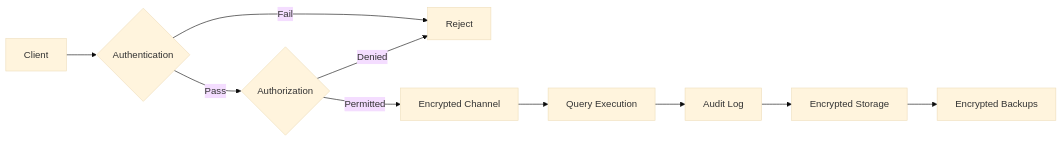
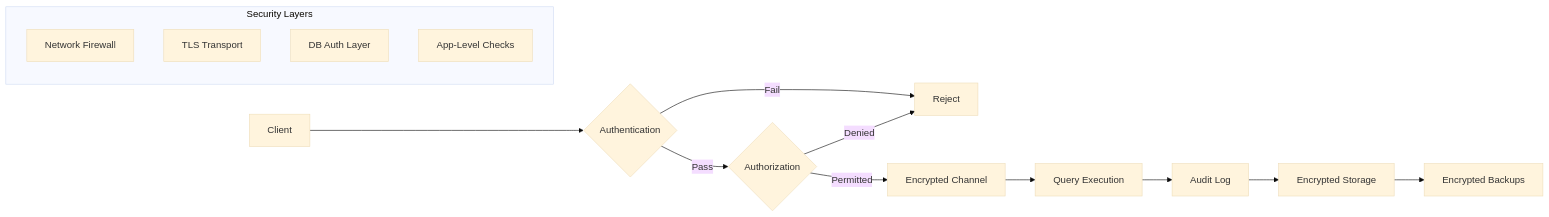
The diagram in docs/courses/database-management-systems/18-security.md (Raushan666java/ai-engineering-journey), drawn with Mermaid (base theme) before and after one commit. The commit also changed other lines of this file and 18 other files, not shown here.

````diff
--- a/docs/courses/database-management-systems/18-security.md
+++ b/docs/courses/database-management-systems/18-security.md
@@ -28,12 +32,18 @@
 ```mermaid
 flowchart LR
     A[Client] --> B{Authentication}
     B -->|Pass| C{Authorization}
     B -->|Fail| D[Reject]
     C -->|Permitted| E[Encrypted Channel]
     C -->|Denied| D
     E --> F[Query Execution]
     F --> G[Audit Log]
     G --> H[Encrypted Storage]
     H --> I[Encrypted Backups]
+    subgraph Security Layers
+        J[Network Firewall]
+        K[TLS Transport]
+        L[DB Auth Layer]
+        M[App-Level Checks]
+    end
 ```
````
